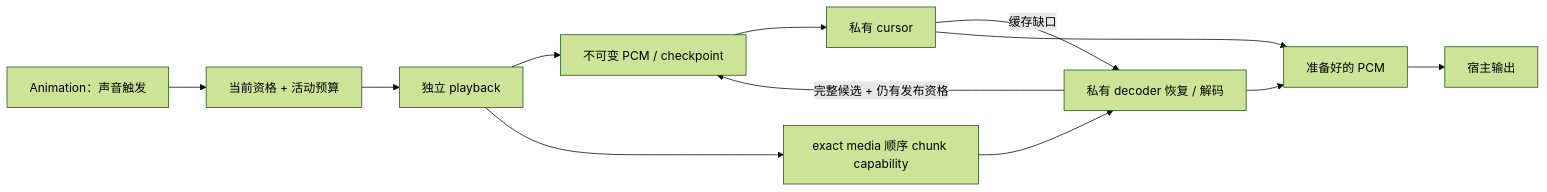
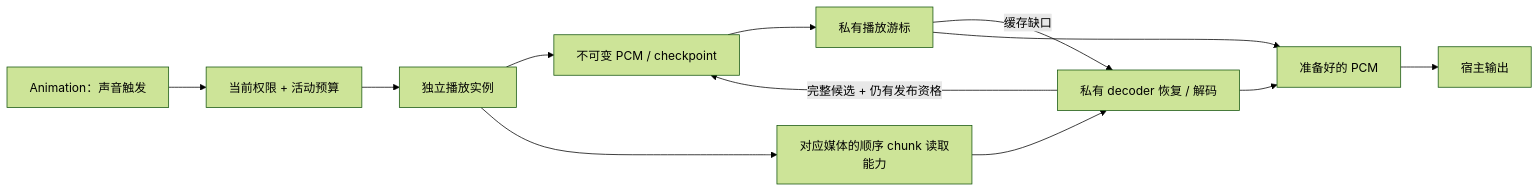
Before and after one commit to YesSteveModel/YesSteveModel: the diagram in docs/architecture/model-management/audio/overview.md, drawn with Mermaid (forest theme). The commit also changed other lines of this file and 1109 other files, not shown here.

````diff
--- a/docs/architecture/model-management/audio/overview.md
+++ b/docs/architecture/model-management/audio/overview.md
@@ -25,14 +25,14 @@
 ```mermaid
 flowchart LR
-    Trigger["Animation：声音触发"] --> Gate["当前资格 + 活动预算"]
-    Gate --> Playback["独立 playback"]
+    Trigger["Animation：声音触发"] --> Gate["当前权限 + 活动预算"]
+    Gate --> Playback["独立播放实例"]
     Playback --> Cache["不可变 PCM / checkpoint"]
-    Playback --> Access["exact media 顺序 chunk capability"]
-    Cache --> Cursor["私有 cursor"]
+    Playback --> Access["对应媒体的顺序 chunk 读取能力"]
+    Cache --> Cursor["私有播放游标"]
     Cursor -- "缓存缺口" --> Decoder["私有 decoder 恢复 / 解码"]
     Access --> Decoder
     Decoder --> PCM["准备好的 PCM"]
     Cursor --> PCM
     PCM --> Host["宿主输出"]
     Decoder -- "完整候选 + 仍有发布资格" --> Cache
 ```
````
